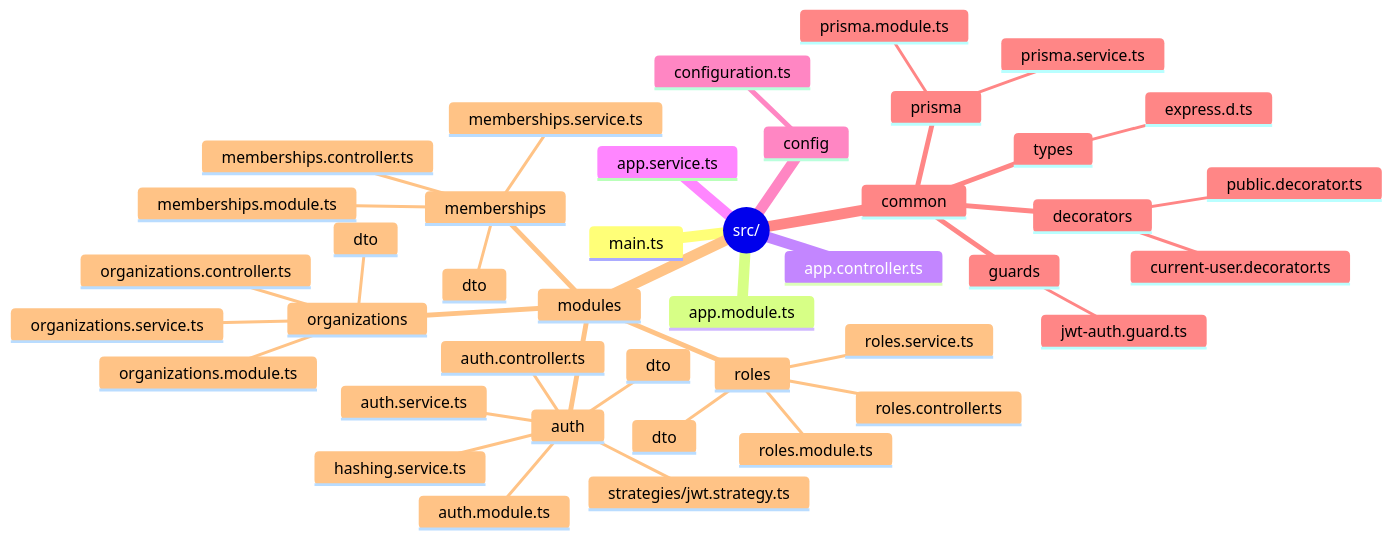
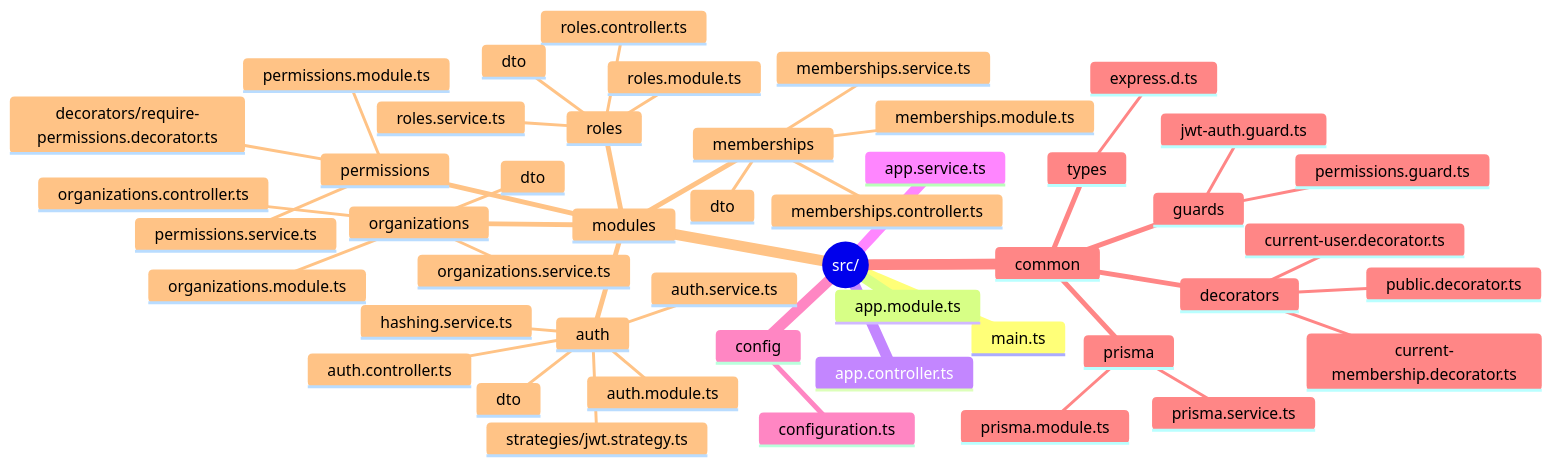
Before and after one commit to amitverma147/enterprise-team-access-control-api: the diagram in docs/PROJECT_STRUCTURE.md, drawn with Mermaid. The commit also changed other lines of this file and 18 other files, not shown here.

````diff
--- a/docs/PROJECT_STRUCTURE.md
+++ b/docs/PROJECT_STRUCTURE.md
@@ -8,44 +8,50 @@
 ```mermaid
 mindmap
   root((src/))
     main.ts
     app.module.ts
     app.controller.ts
     app.service.ts
     config
       configuration.ts
     common
       prisma
         prisma.module.ts
         prisma.service.ts
       guards
         jwt-auth.guard.ts
+        permissions.guard.ts
       decorators
         public.decorator.ts
         current-user.decorator.ts
+        current-membership.decorator.ts
       types
         express.d.ts
     modules
       auth
         auth.module.ts
         auth.controller.ts
         auth.service.ts
         hashing.service.ts
         strategies/jwt.strategy.ts
         dto
       organizations
         organizations.module.ts
         organizations.controller.ts
         organizations.service.ts
         dto
       memberships
         memberships.module.ts
         memberships.controller.ts
         memberships.service.ts
         dto
       roles
         roles.module.ts
         roles.controller.ts
         roles.service.ts
         dto
+      permissions
+        permissions.module.ts
+        permissions.service.ts
+        decorators/require-permissions.decorator.ts
 ```
````
